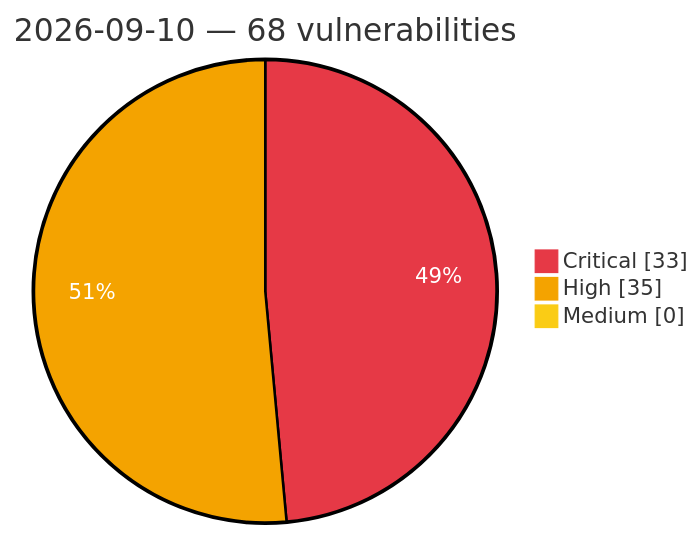
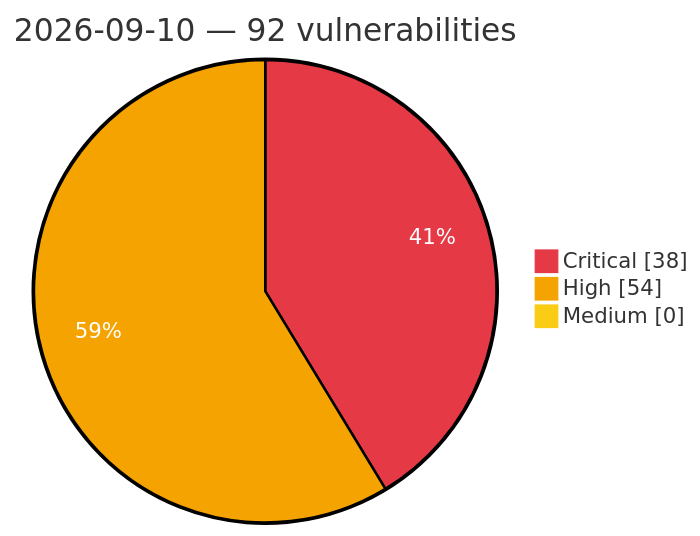
One commit to GhostX0X/vuln-tracker changed the diagram in vulnerabilities/2026/September/2026-09-10.md. Above: the diagram before and after it, drawn with Mermaid. The commit also changed other lines of this file and 5 other files, not shown here.

Commit message:
Auto update: critical/high vulns (2026-09-10 21:05 UTC)

````diff
--- a/vulnerabilities/2026/September/2026-09-10.md
+++ b/vulnerabilities/2026/September/2026-09-10.md
@@ -3,8 +3,8 @@
 ```mermaid
 %%{init: {'theme':'base', 'themeVariables': {'pie1':'#e63946', 'pie2':'#f4a300', 'pie3':'#facc15', 'pieOpacity':'1', 'pieOuterStrokeWidth':'2px', 'pieSectionTextColor':'#ffffff'}}}%%
 pie showData
-    title 2026-09-10 — 68 vulnerabilities
-    "Critical" : 33
-    "High" : 35
+    title 2026-09-10 — 92 vulnerabilities
+    "Critical" : 38
+    "High" : 54
     "Medium" : 0
 ```
````
